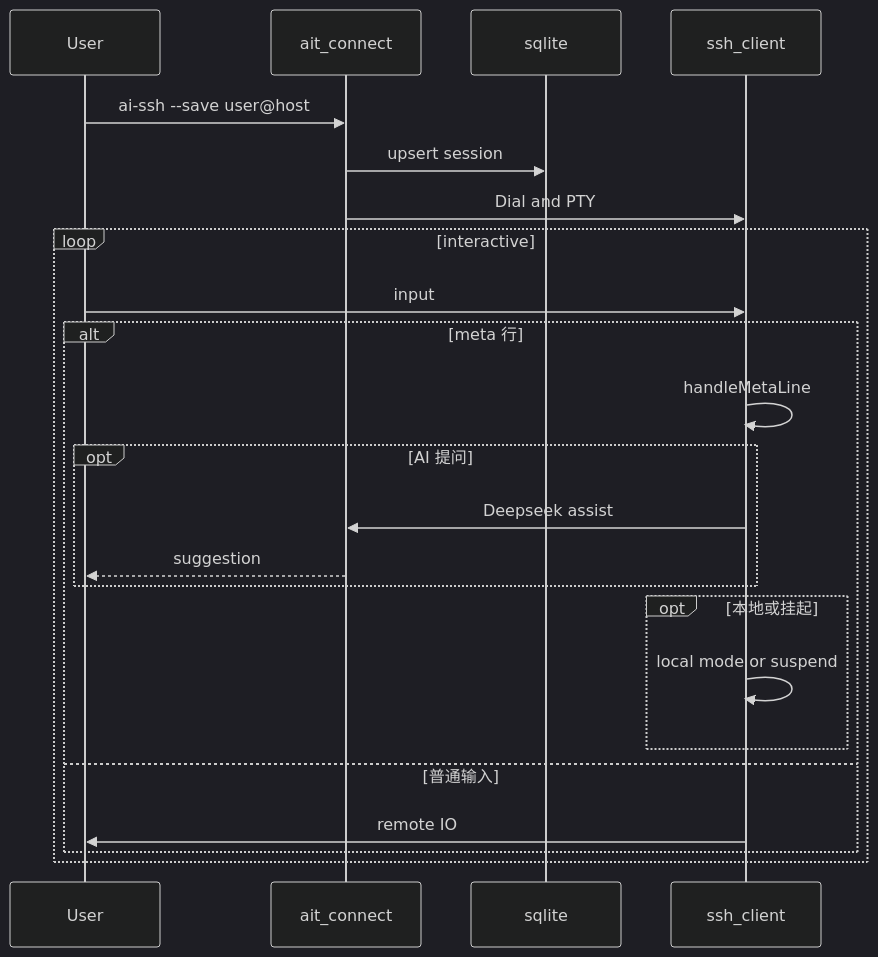
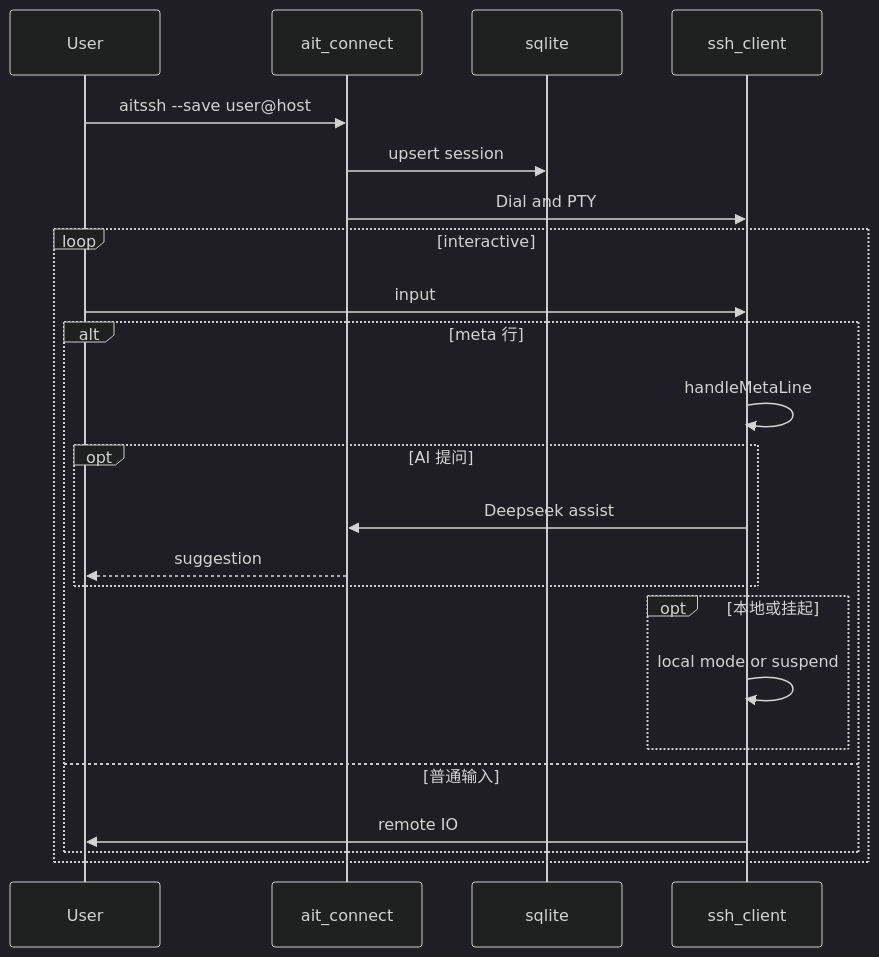
Before and after one commit to os-artificer/AiT: the fourth of 8 diagrams in docs/design.zh-CN.md, drawn with Mermaid (dark theme). The commit also changed other lines of this file and 190 other files, not shown here.

First line of the commit message:
refactor(cli): rename ai-ssh to aitssh and SSOT CLI strings via toolname

````diff
--- a/docs/design.zh-CN.md
+++ b/docs/design.zh-CN.md
@@ -349,25 +349,25 @@
 ```mermaid
 sequenceDiagram
   participant User
   participant CLI as ait_connect
   participant DB as sqlite
   participant SSH as ssh_client
-  User->>CLI: ai-ssh --save user@host
+  User->>CLI: aitssh --save user@host
   CLI->>DB: upsert session
   CLI->>SSH: Dial and PTY
   loop interactive
     User->>SSH: input
     alt meta 行
       SSH->>SSH: handleMetaLine
       opt AI 提问
         SSH->>CLI: Deepseek assist
         CLI-->>User: suggestion
       end
       opt 本地或挂起
         SSH->>SSH: local mode or suspend
       end
     else 普通输入
       SSH->>User: remote IO
     end
   end
 ```
````
